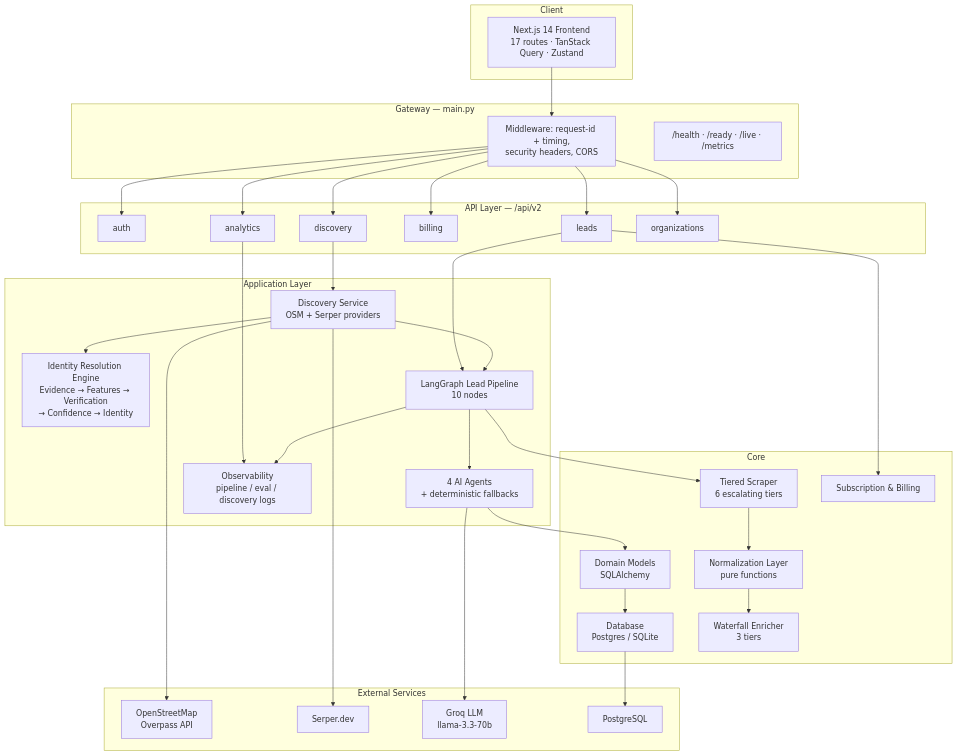
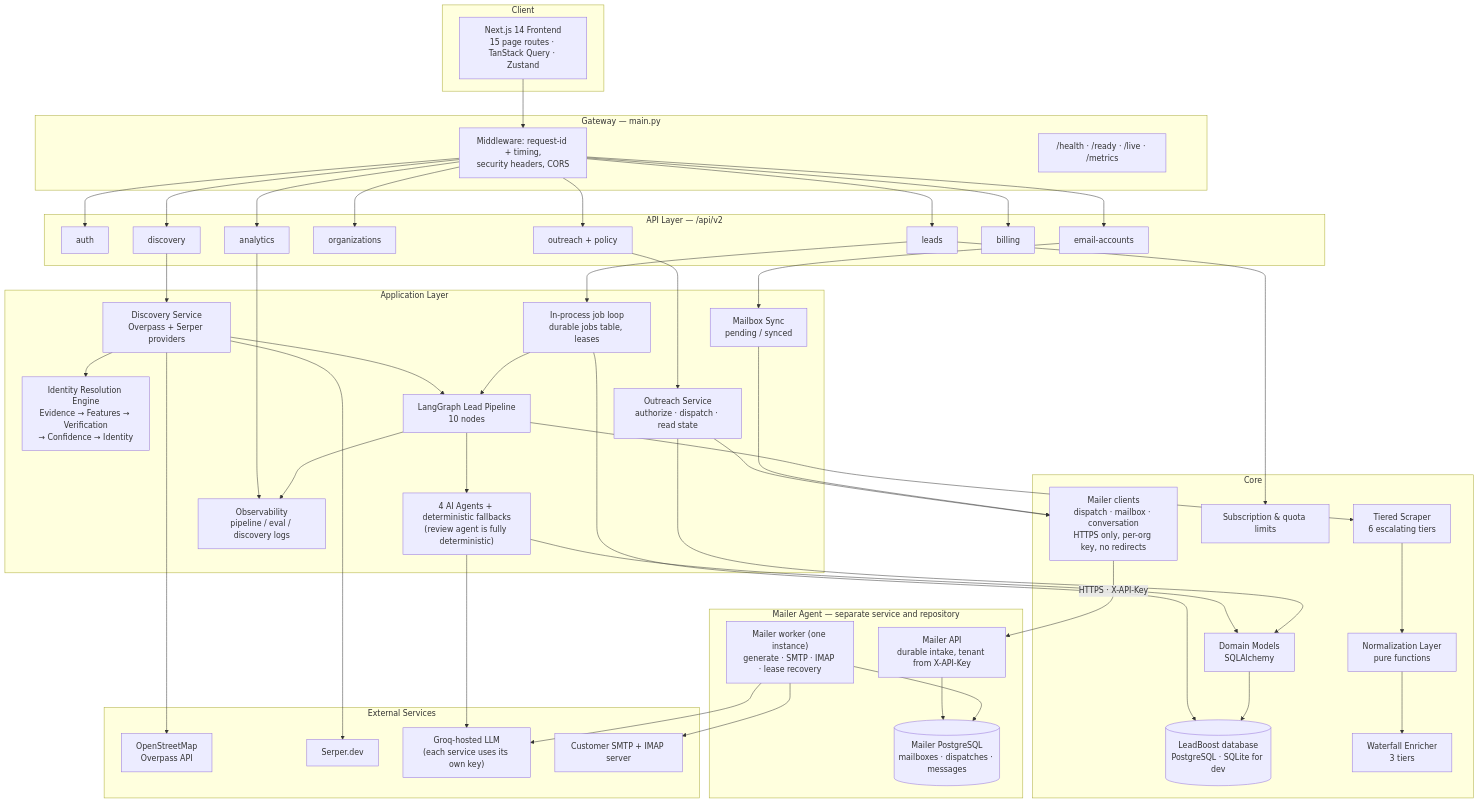
The first of 2 diagrams in README.md (anupamkr1708/LeadBoost-saas), drawn with Mermaid before and after one commit. The commit also changed other lines of this file and 23 other files, not shown here.

Commit message:
docs: document LeadBoost architecture and Mailer integration

````diff
--- a/README.md
+++ b/README.md
@@ -96,58 +58,81 @@
 ```mermaid
 graph TB
     subgraph Client["Client"]
-        FE["Next.js 14 Frontend<br/>17 routes · TanStack Query · Zustand"]
+        FE["Next.js 14 Frontend<br/>15 page routes · TanStack Query · Zustand"]
     end
 
     subgraph Gateway["Gateway — main.py"]
         MW["Middleware: request-id + timing,<br/>security headers, CORS"]
         HEALTH["/health · /ready · /live · /metrics"]
     end
 
     subgraph API["API Layer — /api/v2"]
         AUTH_EP["auth"]
         LEADS_EP["leads"]
         DISC_EP["discovery"]
+        ORG_EP["organizations"]
+        MAIL_EP["email-accounts"]
+        OUT_EP["outreach + policy"]
         BILL_EP["billing"]
         ANA_EP["analytics"]
-        ORG_EP["organizations"]
     end
 
     subgraph App["Application Layer"]
-        DISCS["Discovery Service<br/>OSM + Serper providers"]
+        DISCS["Discovery Service<br/>Overpass + Serper providers"]
         IDENT["Identity Resolution Engine<br/>Evidence → Features → Verification<br/>→ Confidence → Identity"]
         PIPE["LangGraph Lead Pipeline<br/>10 nodes"]
-        AGENTS["4 AI Agents<br/>+ deterministic fallbacks"]
+        AGENTS["4 AI Agents + deterministic fallbacks<br/>(review agent is fully deterministic)"]
+        JOBS["In-process job loop<br/>durable jobs table, leases"]
+        OUTSVC["Outreach Service<br/>authorize · dispatch · read state"]
+        SYNC["Mailbox Sync<br/>pending / synced"]
         OBS["Observability<br/>pipeline / eval / discovery logs"]
     end
 
     subgraph Core["Core"]
         MODELS["Domain Models<br/>SQLAlchemy"]
-        DB["Database<br/>Postgres / SQLite"]
+        DB[("LeadBoost database<br/>PostgreSQL · SQLite for dev")]
         SCRAPE["Tiered Scraper<br/>6 escalating tiers"]
         NORM["Normalization Layer<br/>pure functions"]
         ENRICH["Waterfall Enricher<br/>3 tiers"]
-        BILLS["Subscription & Billing"]
+        BILLS["Subscription & quota limits"]
+        MACL["Mailer clients<br/>dispatch · mailbox · conversation<br/>HTTPS only, per-org key, no redirects"]
+    end
+
+    subgraph Mailer["Mailer Agent — separate service and repository"]
+        MAPI["Mailer API<br/>durable intake, tenant from X-API-Key"]
+        MWORK["Mailer worker (one instance)<br/>generate · SMTP · IMAP · lease recovery"]
+        MDB[("Mailer PostgreSQL<br/>mailboxes · dispatches · messages")]
     end
 
     subgraph External["External Services"]
         OSM_EXT["OpenStreetMap<br/>Overpass API"]
         SERPER_EXT["Serper.dev"]
-        GROQ_EXT["Groq LLM<br/>llama-3.3-70b"]
-        PG_EXT["PostgreSQL"]
+        GROQ_EXT["Groq-hosted LLM<br/>(each service uses its own key)"]
+        MAILSRV["Customer SMTP + IMAP server"]
     end
 
-    FE --> MW --> AUTH_EP & LEADS_EP & DISC_EP & BILL_EP & ANA_EP & ORG_EP
+    FE --> MW --> AUTH_EP & LEADS_EP & DISC_EP & ORG_EP & MAIL_EP & OUT_EP & BILL_EP & ANA_EP
     DISC_EP --> DISCS
     DISCS --> IDENT
-    LEADS_EP --> PIPE
+    DISCS --> PIPE
+    LEADS_EP --> JOBS --> PIPE
+    MAIL_EP --> SYNC
+    OUT_EP --> OUTSVC
     ANA_EP --> OBS
+    LEADS_EP --> BILLS
     DISCS --> OSM_EXT & SERPER_EXT
-    DISCS --> PIPE
     PIPE --> SCRAPE --> NORM --> ENRICH
     PIPE --> AGENTS --> GROQ_EXT
     PIPE --> OBS
     AGENTS --> MODELS
-    MODELS --> DB --> PG_EXT
-    LEADS_EP --> BILLS
+    OUTSVC --> MACL
+    SYNC --> MACL
+    OUTSVC --> MODELS
+    JOBS --> DB
+    MODELS --> DB
+    MACL -->|"HTTPS · X-API-Key"| MAPI
+    MAPI --> MDB
+    MWORK --> MDB
+    MWORK --> GROQ_EXT
+    MWORK --> MAILSRV
 ```
````
